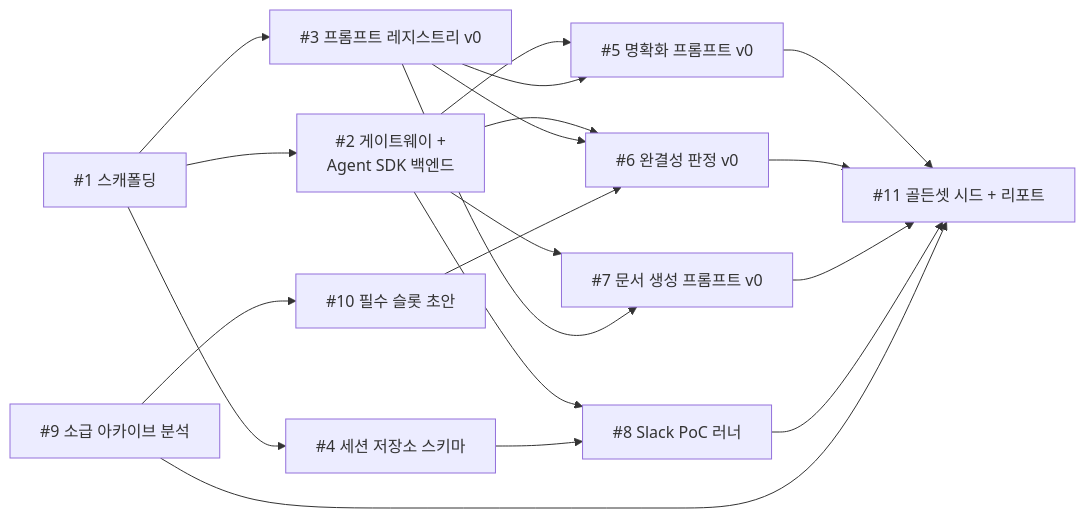
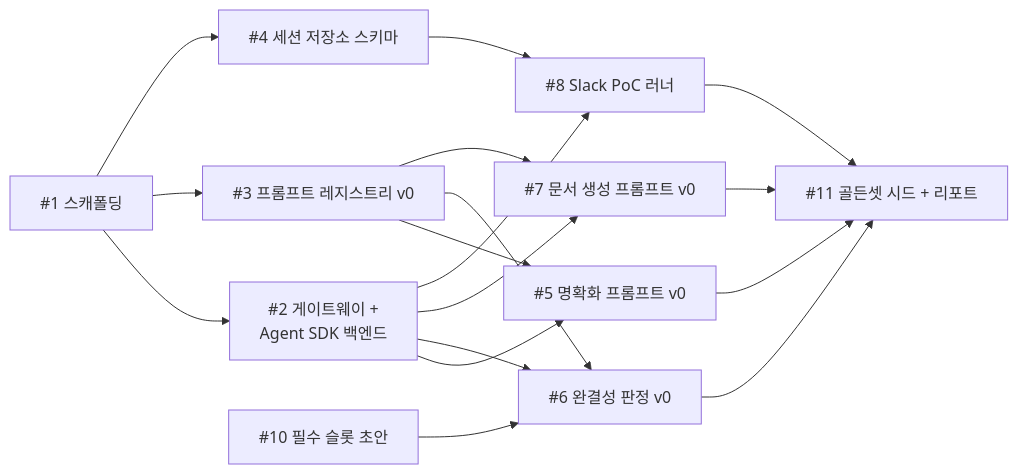
The diagram in docs/phase0-plan.md (bahamoth/pm-jude), drawn with Mermaid before and after one commit. The commit also changed other lines of this file and 12 other files, not shown here.

````diff
--- a/docs/phase0-plan.md
+++ b/docs/phase0-plan.md
@@ -19,21 +17,19 @@
 ```mermaid
 graph LR
     T1["#1 스캐폴딩"] --> T2["#2 게이트웨이 +<br/>Agent SDK 백엔드"]
     T1 --> T3["#3 프롬프트 레지스트리 v0"]
     T1 --> T4["#4 세션 저장소 스키마"]
     T2 --> T5["#5 명확화 프롬프트 v0"]
     T3 --> T5
     T2 --> T6["#6 완결성 판정 v0"]
     T3 --> T6
     T2 --> T7["#7 문서 생성 프롬프트 v0"]
     T3 --> T7
     T2 --> T8["#8 Slack PoC 러너"]
     T4 --> T8
-    T9["#9 소급 아카이브 분석"] --> T10["#10 필수 슬롯 초안"]
-    T10 --> T6
+    T10["#10 필수 슬롯 초안"] --> T6
     T5 --> T11["#11 골든셋 시드 + 리포트"]
     T6 --> T11
     T7 --> T11
     T8 --> T11
-    T9 --> T11
 ```
````
